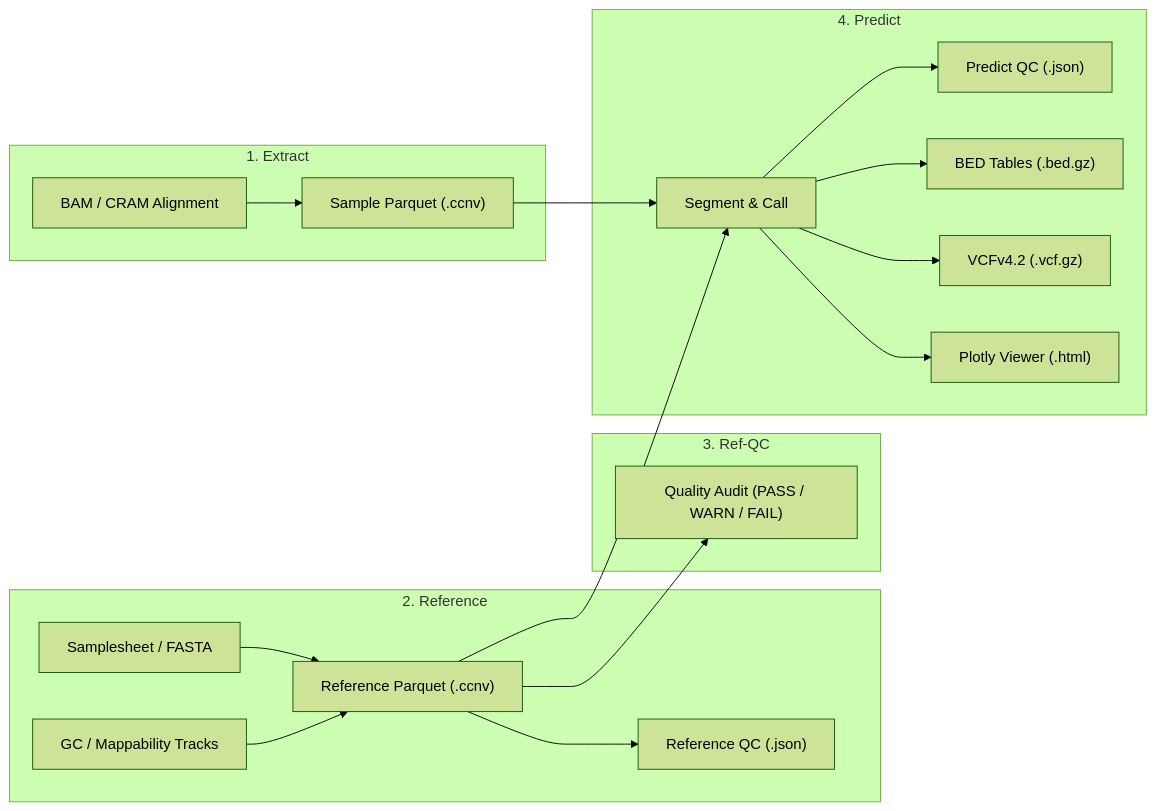
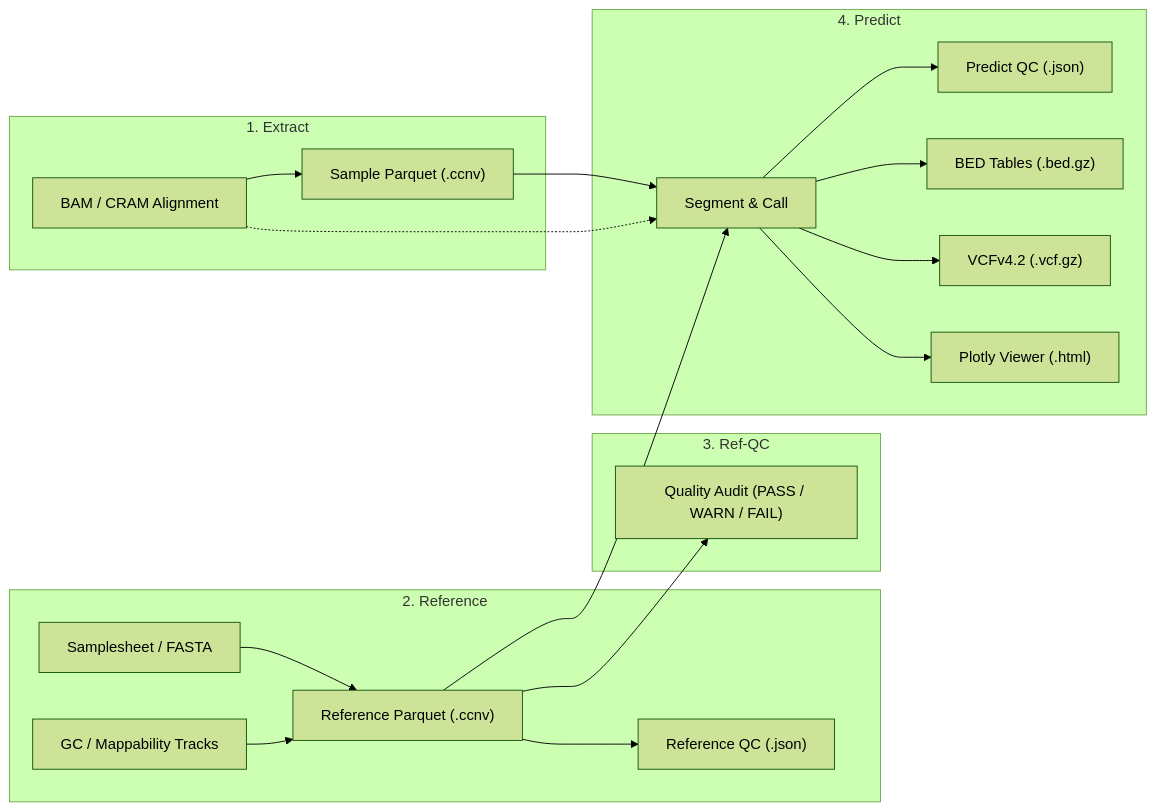
One commit to matthdsm/ccnv changed the diagram in docs/index.md. Above: the diagram before and after it, drawn with Mermaid (forest theme). The commit also changed other lines of this file and 67 other files, not shown here.

````diff
--- a/docs/index.md
+++ b/docs/index.md
@@ -23,22 +24,23 @@
 ```mermaid
 flowchart LR
     subgraph S1["1. Extract"]
         BAM["BAM / CRAM Alignment"] --> C["Sample Parquet (.ccnv)"]
     end
     subgraph S2["2. Reference"]
         SS["Samplesheet / FASTA"] --> REF["Reference Parquet (.ccnv)"]
         GC["GC / Mappability Tracks"] --> REF
         REF --> QC["Reference QC (.json)"]
     end
     subgraph S3["3. Ref-QC"]
         REF --> AUDIT["Quality Audit (PASS / WARN / FAIL)"]
     end
     subgraph S4["4. Predict"]
         C --> P["Segment & Call"]
+        BAM -.-> P
         REF --> P
         P --> PQC["Predict QC (.json)"]
         P --> BED["BED Tables (.bed.gz)"]
         P --> VCF["VCFv4.2 (.vcf.gz)"]
         P --> HTML["Plotly Viewer (.html)"]
     end
 ```
````
